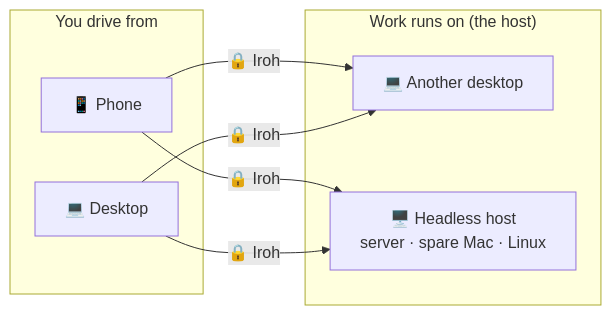
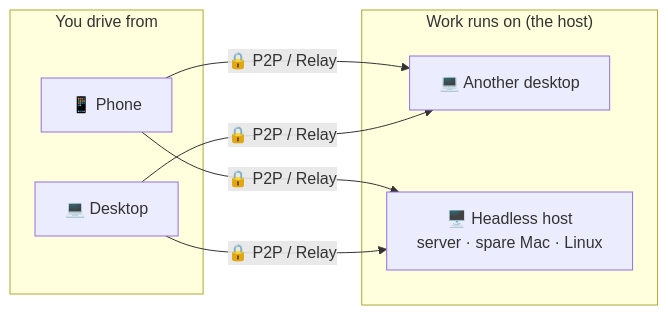
Before and after one commit to Voice-2026/WeCode: the diagram in README.md, drawn with Mermaid. The commit also changed other lines of this file and 1 other file, not shown here.

````diff
--- a/README.md
+++ b/README.md
@@ -71,15 +76,15 @@
 ```mermaid
 flowchart LR
     subgraph drivers["You drive from"]
         P["📱 Phone"]
         D["💻 Desktop"]
     end
     subgraph hosts["Work runs on (the host)"]
         D2["💻 Another desktop"]
         H["🖥️ Headless host<br/>server · spare Mac · Linux"]
     end
-    P -->|"🔒 Iroh"| D2
-    P -->|"🔒 Iroh"| H
-    D -->|"🔒 Iroh"| D2
-    D -->|"🔒 Iroh"| H
+    P -->|"🔒 P2P / Relay"| D2
+    P -->|"🔒 P2P / Relay"| H
+    D -->|"🔒 P2P / Relay"| D2
+    D -->|"🔒 P2P / Relay"| H
 ```
````
